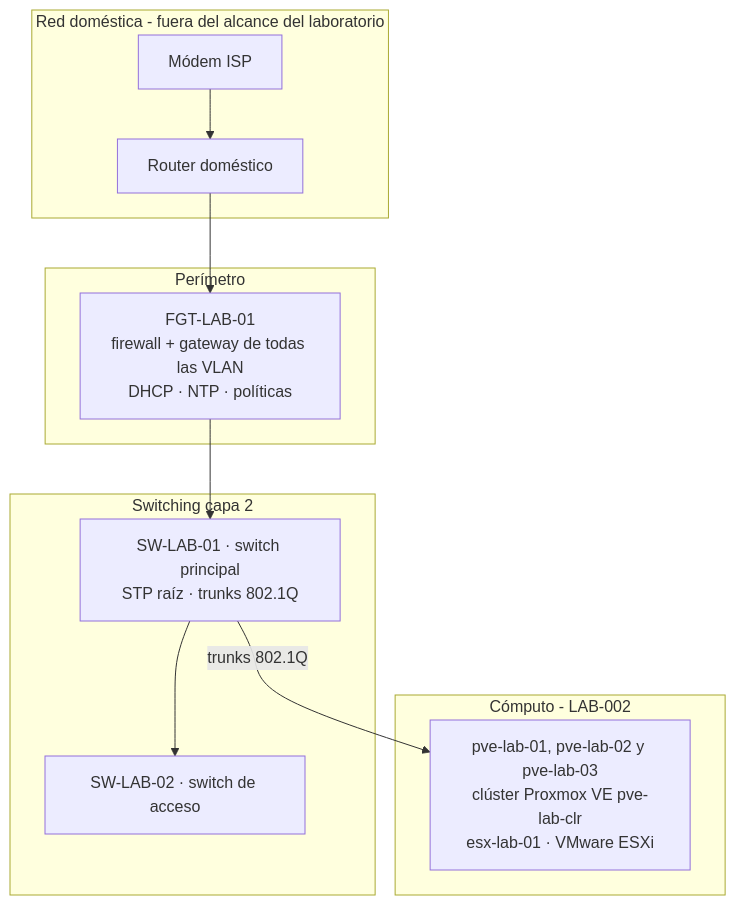
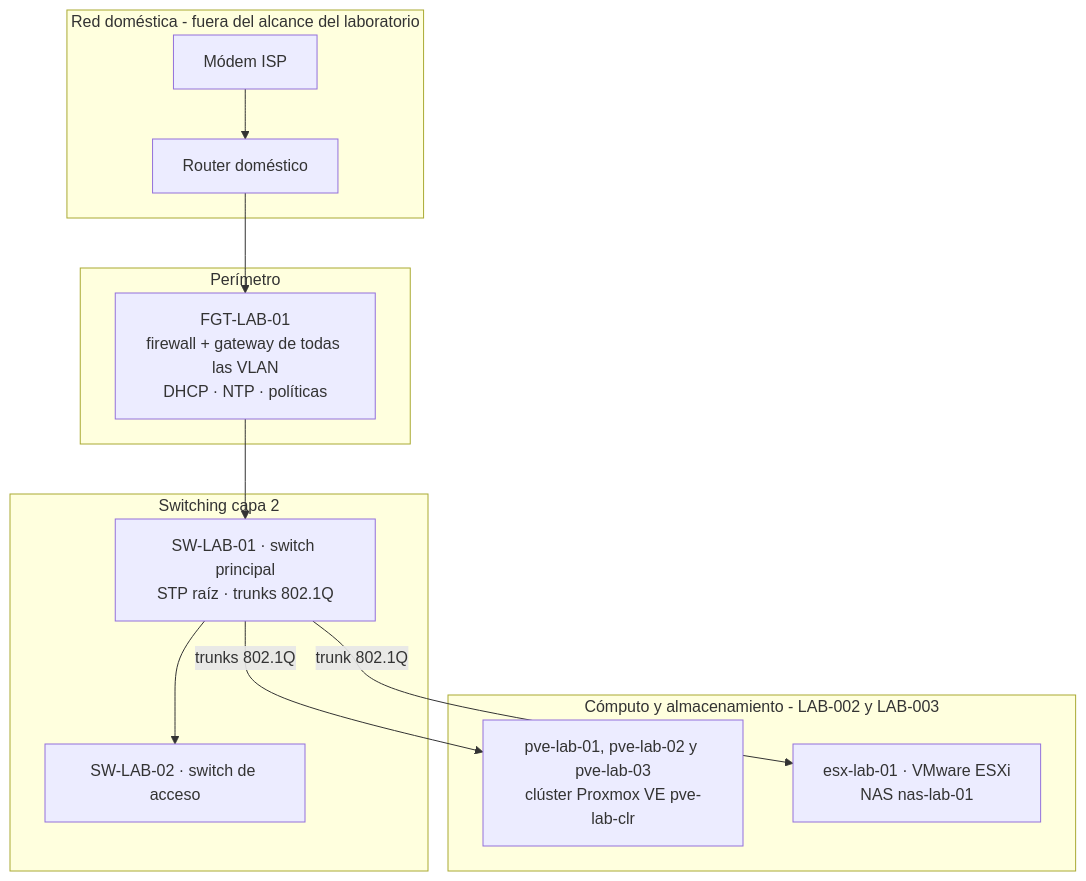
The first of 4 diagrams in docs/architecture.md (Alce1551/EICL-HOMELAB), drawn with Mermaid before and after one commit. The commit also changed other lines of this file and 8 other files, not shown here.

Commit message:
LAB-003: documenta la validacion integral, el NAS y las decisiones tomadas sobre puertos en SWITCH (D-043 A D-049)

````diff
--- a/docs/architecture.md
+++ b/docs/architecture.md
@@ -11,19 +11,21 @@
 ```mermaid
 flowchart TB
     subgraph Externa[Red doméstica - fuera del alcance del laboratorio]
         ISP[Módem ISP] --> ARC[Router doméstico]
     end
     subgraph Perimetro[Perímetro]
         FGT[FGT-LAB-01<br/>firewall + gateway de todas las VLAN<br/>DHCP · NTP · políticas]
     end
     subgraph Distribucion[Switching capa 2]
         SW1[SW-LAB-01 · switch principal<br/>STP raíz · trunks 802.1Q]
         SW2[SW-LAB-02 · switch de acceso]
     end
-    subgraph Computo[Cómputo - LAB-002]
-        NOD[pve-lab-01, pve-lab-02 y pve-lab-03<br/>clúster Proxmox VE pve-lab-clr<br/>esx-lab-01 · VMware ESXi]
+    subgraph Computo[Cómputo y almacenamiento - LAB-002 y LAB-003]
+        NOD[pve-lab-01, pve-lab-02 y pve-lab-03<br/>clúster Proxmox VE pve-lab-clr]
+        NAS[esx-lab-01 · VMware ESXi<br/>NAS nas-lab-01]
     end
     ARC --> FGT
     FGT --> SW1 --> SW2
     SW1 -->|trunks 802.1Q| NOD
+    SW1 -->|trunk 802.1Q| NAS
 ```
````
